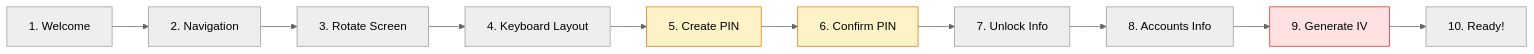
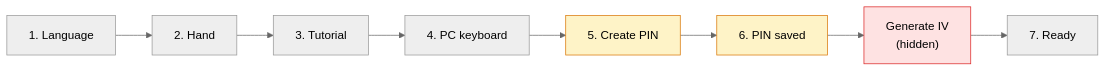
The third of 3 diagrams in firmware/menu.mdx (Depbit-lab/docsZerokeyUSB), drawn with Mermaid (neutral theme) before and after one commit. The commit also changed other lines of this file and 78 other files, not shown here.

````diff
--- a/firmware/menu.mdx
+++ b/firmware/menu.mdx
@@ -141,16 +147,14 @@
 ```mermaid
 graph LR
-    W1["1. Welcome"] --> W2["2. Navigation"]
-    W2 --> W3["3. Rotate Screen"]
-    W3 --> W4["4. Keyboard Layout"]
+    W1["1. Language"] --> W2["2. Hand"]
+    W2 --> W3["3. Tutorial"]
+    W3 --> W4["4. PC keyboard"]
     W4 --> W5["5. Create PIN"]
-    W5 --> W6["6. Confirm PIN"]
-    W6 --> W7["7. Unlock Info"]
-    W7 --> W8["8. Accounts Info"]
-    W8 --> W9["9. Generate IV"]
-    W9 --> W10["10. Ready!"]
+    W5 --> W6["6. PIN saved"]
+    W6 --> IV["Generate IV<br/>(hidden)"]
+    IV --> W7["7. Ready"]
     
     style W5 fill:#fef3c7,stroke:#d97706,color:#000
     style W6 fill:#fef3c7,stroke:#d97706,color:#000
-    style W9 fill:#fee2e2,stroke:#dc2626,color:#000
+    style IV fill:#fee2e2,stroke:#dc2626,color:#000
 ```
````
